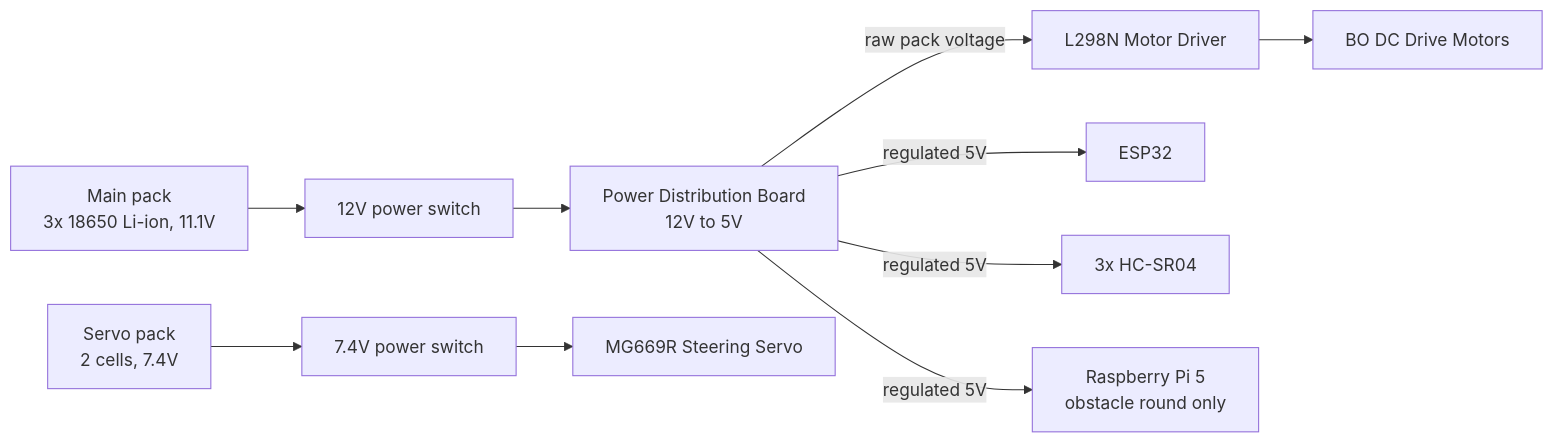
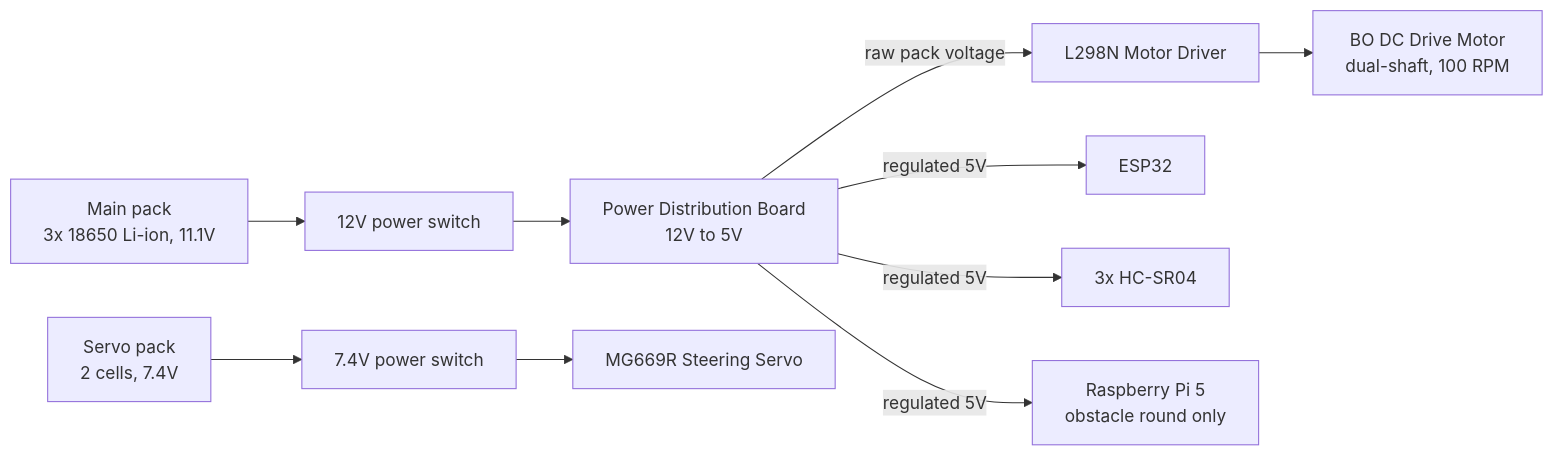
The first of 4 diagrams in README.md (BMWareSPEEDY/WRO_yo_error_404), drawn with Mermaid before and after one commit. The commit also changed other lines of this file and 3 other files, not shown here.

````diff
--- a/README.md
+++ b/README.md
@@ -244,15 +251,15 @@
 ```mermaid
 flowchart LR
     BAT[Main pack<br/>3x 18650 Li-ion, 11.1V] --> SW3[12V power switch]
     SW3 --> PDB[Power Distribution Board<br/>12V to 5V]
 
     PDB -->|raw pack voltage| L298[L298N Motor Driver]
-    L298 --> MOT[BO DC Drive Motors]
+    L298 --> MOT[BO DC Drive Motor<br/>dual-shaft, 100 RPM]
 
     PDB -->|regulated 5V| ESP[ESP32]
     PDB -->|regulated 5V| SENS[3x HC-SR04]
     PDB -->|regulated 5V| PI[Raspberry Pi 5<br/>obstacle round only]
 
     SBAT[Servo pack<br/>2 cells, 7.4V] --> SW2[7.4V power switch]
     SW2 --> SRV[MG669R Steering Servo]
 ```
````
